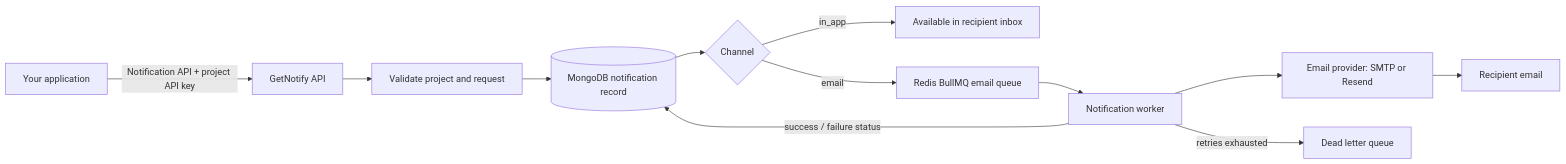
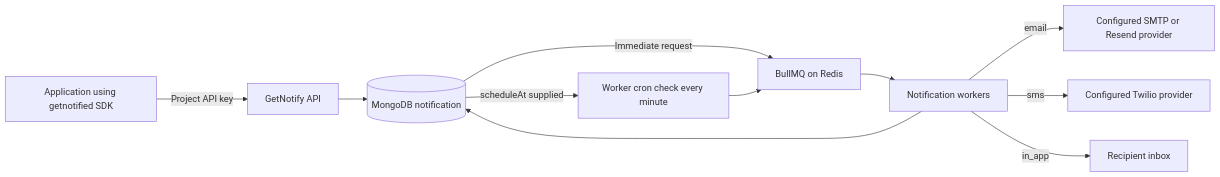
One commit to notoriousvikas/getNotify changed the diagram in README.md. Above: the diagram before and after it, drawn with Mermaid. The commit also changed other lines of this file, not shown here.

````diff
--- a/README.md
+++ b/README.md
@@ -18,14 +17,13 @@
 ```mermaid
 flowchart LR
-    App[Your application] -->|Notification API + project API key| API[GetNotify API]
-    API --> Auth[Validate project and request]
-    Auth --> Store[(MongoDB notification record)]
-    Store --> Channel{Channel}
-    Channel -->|in_app| Inbox[Available in recipient inbox]
-    Channel -->|email| Queue[Redis BullMQ email queue]
-    Queue --> Worker[Notification worker]
-    Worker --> Provider[Email provider: SMTP or Resend]
-    Provider --> Recipient[Recipient email]
-    Worker -->|success / failure status| Store
-    Worker -->|retries exhausted| DLQ[Dead letter queue]
+    App[Application using getnotified SDK] -->|Project API key| API[GetNotify API]
+    API --> Store[(MongoDB notification)]
+    Store -->|Immediate request| Queue[BullMQ on Redis]
+    Store -->|scheduleAt supplied| Cron[Worker cron check every minute]
+    Cron --> Queue
+    Queue --> Worker[Notification workers]
+    Worker -->|email| Email[Configured SMTP or Resend provider]
+    Worker -->|sms| SMS[Configured Twilio provider]
+    Worker -->|in_app| Inbox[Recipient inbox]
+    Worker --> Store
 ```
````
